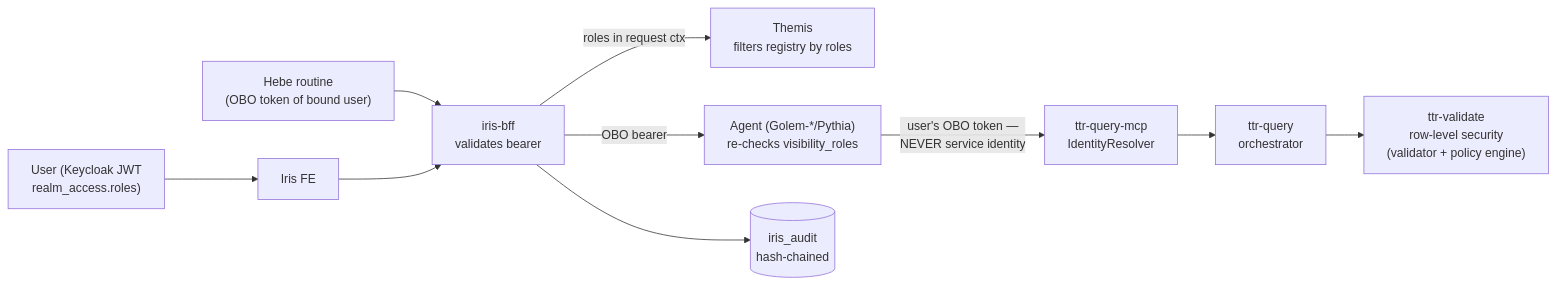
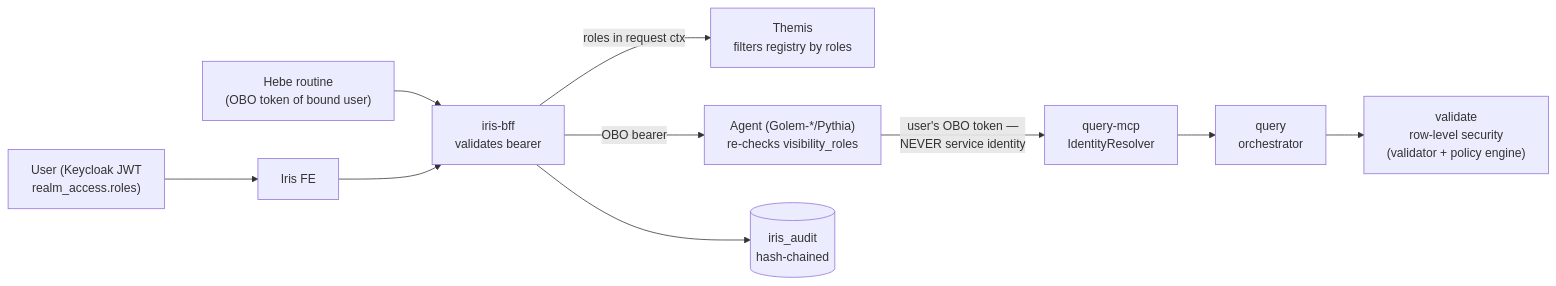
One commit to Collite/kantheon changed the diagram in docs/architecture/kantheon-security.md. Above: the diagram before and after it, drawn with Mermaid. The commit also changed other lines of this file and 56 other files, not shown here.

````diff
--- a/docs/architecture/kantheon-security.md
+++ b/docs/architecture/kantheon-security.md
@@ -46,12 +46,12 @@
 ```mermaid
 flowchart LR
     U["User (Keycloak JWT<br/>realm_access.roles)"] --> FE["Iris FE"]
     H["Hebe routine<br/>(OBO token of bound user)"] --> BFF
     FE --> BFF["iris-bff<br/>validates bearer"]
     BFF -->|"roles in request ctx"| T["Themis<br/>filters registry by roles"]
     BFF -->|"OBO bearer"| A["Agent (Golem-*/Pythia)<br/>re-checks visibility_roles"]
-    A -->|"user's OBO token —<br/>NEVER service identity"| Q["ttr-query-mcp<br/>IdentityResolver"]
-    Q --> TH["ttr-query<br/>orchestrator"]
-    TH --> V["ttr-validate<br/>row-level security<br/>(validator + policy engine)"]
+    A -->|"user's OBO token —<br/>NEVER service identity"| Q["query-mcp<br/>IdentityResolver"]
+    Q --> TH["query<br/>orchestrator"]
+    TH --> V["validate<br/>row-level security<br/>(validator + policy engine)"]
     BFF --> AU[("iris_audit<br/>hash-chained")]
 ```
````
